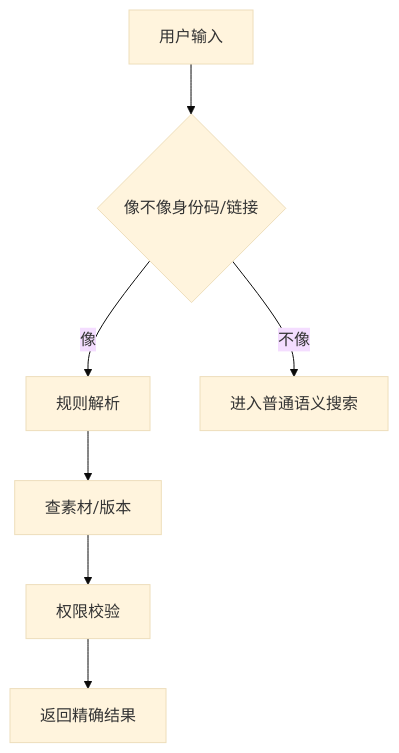
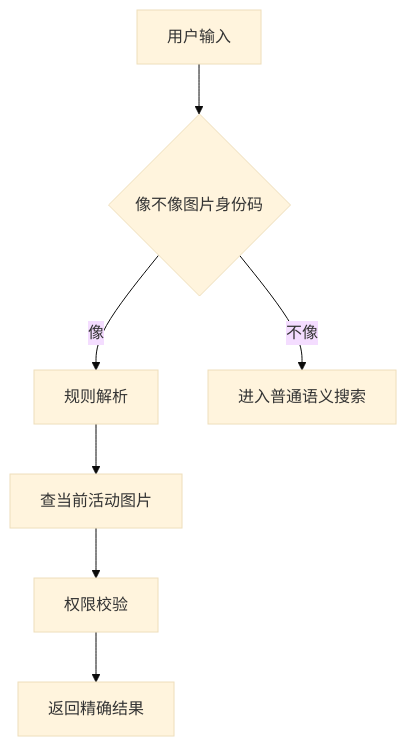
Before and after one commit to qqq54522/piancton: the sixth of 8 diagrams in docs/SELLING_POINT_KNOWLEDGE_REPLICATION_GUIDE.md, drawn with Mermaid (base theme). The commit also changed other lines of this file and 67 other files, not shown here.

````diff
--- a/docs/SELLING_POINT_KNOWLEDGE_REPLICATION_GUIDE.md
+++ b/docs/SELLING_POINT_KNOWLEDGE_REPLICATION_GUIDE.md
@@ -718,10 +690,10 @@
 ```mermaid
 flowchart TD
-    A[用户输入] --> B{像不像身份码/链接}
+    A[用户输入] --> B{像不像图片身份码}
     B -->|像| C[规则解析]
-    C --> D[查素材/版本]
+    C --> D[查当前活动图片]
     D --> E[权限校验]
     E --> F[返回精确结果]
 
     B -->|不像| G[进入普通语义搜索]
 ```
````
